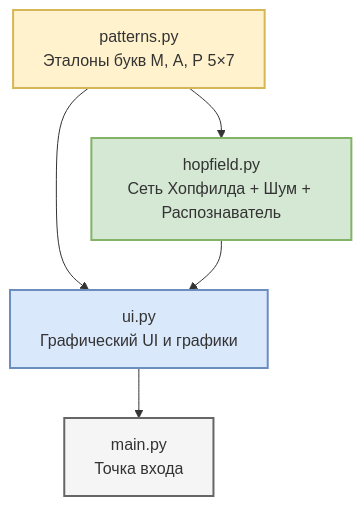
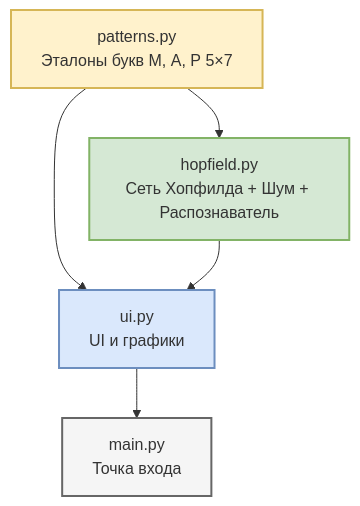
One commit to mxrtynov/HopfieldLab changed the diagram in README.md. Above: the diagram before and after it, drawn with Mermaid.

````diff
--- a/README.md
+++ b/README.md
@@ -22,12 +22,12 @@
 ```mermaid
 graph TD
     P[patterns.py<br>Эталоны букв М, А, Р 5×7] --> H[hopfield.py<br>Сеть Хопфилда + Шум + Распознаватель]
-    P --> UI[ui.py<br>Графический UI и графики]
+    P --> UI[ui.py<br> UI и графики]
     H --> UI
     UI --> Main[main.py<br>Точка входа]
 
     style P fill:#fff2cc,stroke:#d6b656,stroke-width:2px
     style H fill:#d5e8d4,stroke:#82b366,stroke-width:2px
     style UI fill:#dae8fc,stroke:#6c8ebf,stroke-width:2px
     style Main fill:#f5f5f5,stroke:#666666,stroke-width:2px
 ```
````
